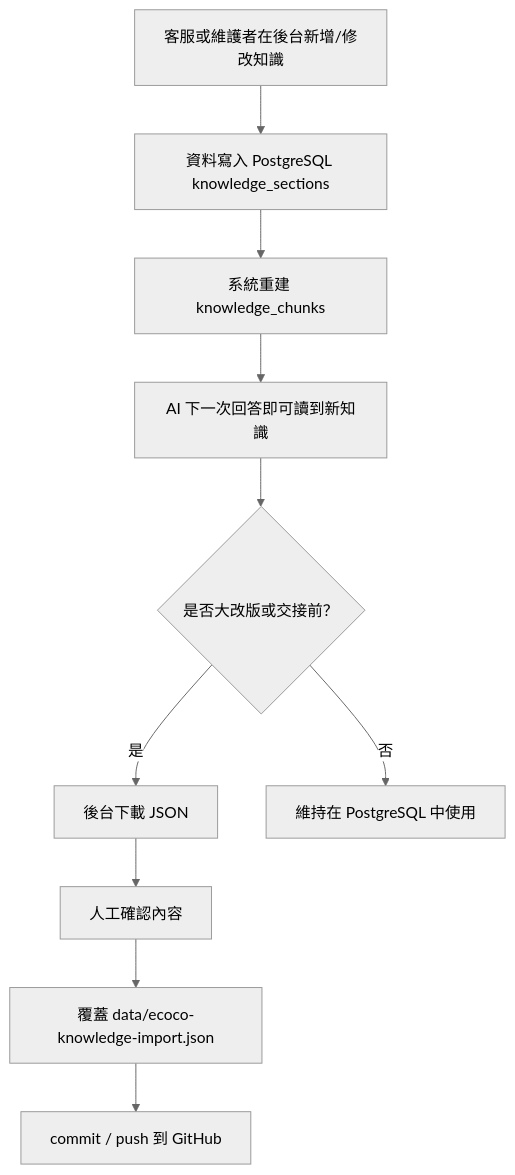
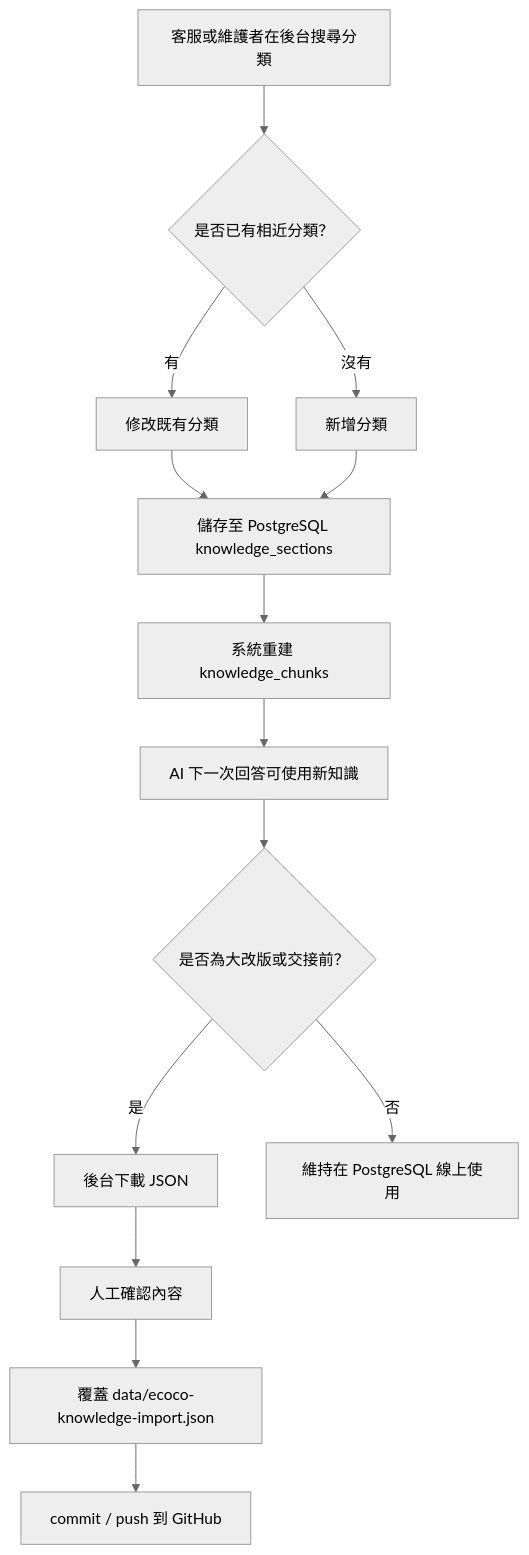
One commit to jameswu504-hash/ecoco-customer-servic changed the fourth of 4 diagrams in docs/CUSTOMER_SERVICE_FLOW.md. Above: the diagram before and after it, drawn with Mermaid (neutral theme). The commit also changed other lines of this file and 10 other files, not shown here.

````diff
--- a/docs/CUSTOMER_SERVICE_FLOW.md
+++ b/docs/CUSTOMER_SERVICE_FLOW.md
@@ -77,12 +97,16 @@
 ```mermaid
 flowchart TD
-  A["客服或維護者在後台新增/修改知識"] --> B["資料寫入 PostgreSQL knowledge_sections"]
-  B --> C["系統重建 knowledge_chunks"]
-  C --> D["AI 下一次回答即可讀到新知識"]
-  D --> E{"是否大改版或交接前？"}
-  E -- "是" --> F["後台下載 JSON"]
-  F --> G["人工確認內容"]
-  G --> H["覆蓋 data/ecoco-knowledge-import.json"]
-  H --> I["commit / push 到 GitHub"]
-  E -- "否" --> J["維持在 PostgreSQL 中使用"]
+  A["客服或維護者在後台搜尋分類"] --> B{"是否已有相近分類？"}
+  B -- "有" --> C["修改既有分類"]
+  B -- "沒有" --> D["新增分類"]
+  C --> E["儲存至 PostgreSQL knowledge_sections"]
+  D --> E
+  E --> F["系統重建 knowledge_chunks"]
+  F --> G["AI 下一次回答可使用新知識"]
+  G --> H{"是否為大改版或交接前？"}
+  H -- "是" --> I["後台下載 JSON"]
+  I --> J["人工確認內容"]
+  J --> K["覆蓋 data/ecoco-knowledge-import.json"]
+  K --> L["commit / push 到 GitHub"]
+  H -- "否" --> M["維持在 PostgreSQL 線上使用"]
 ```
````
